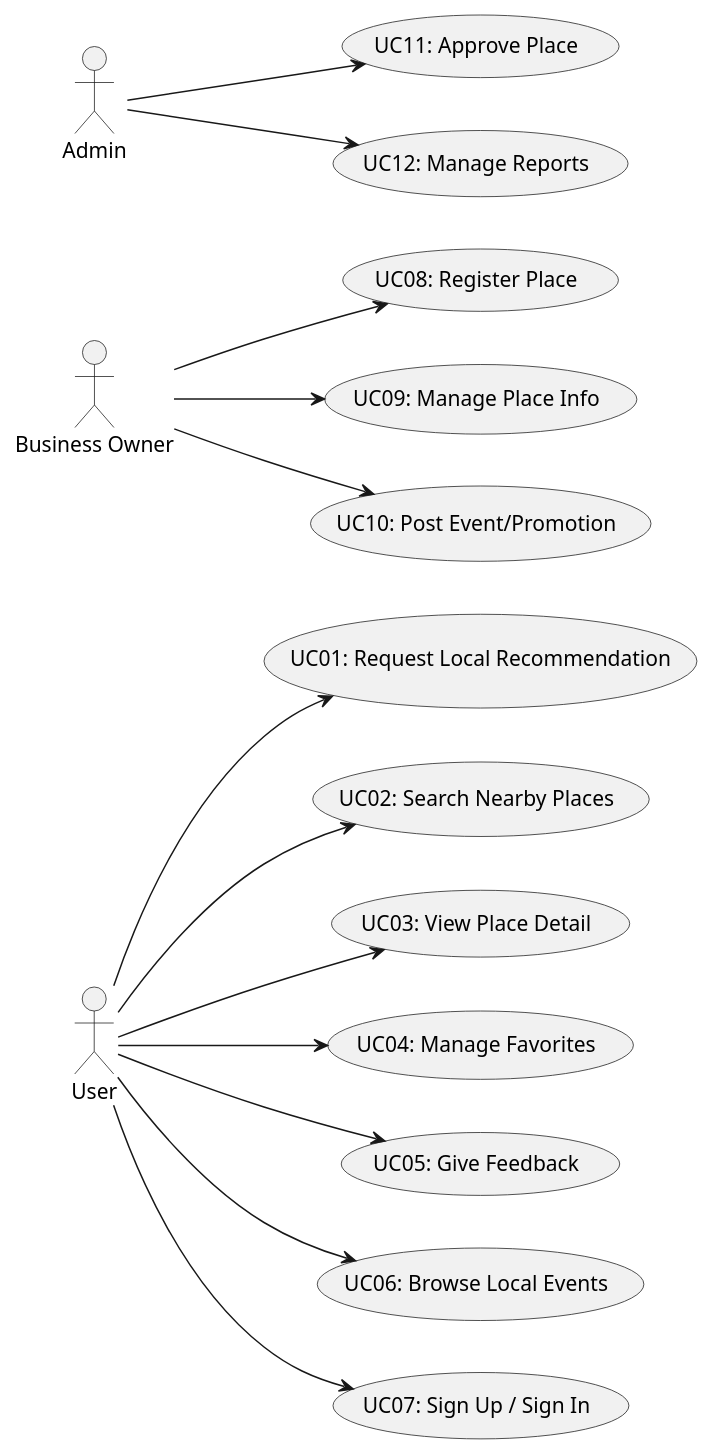
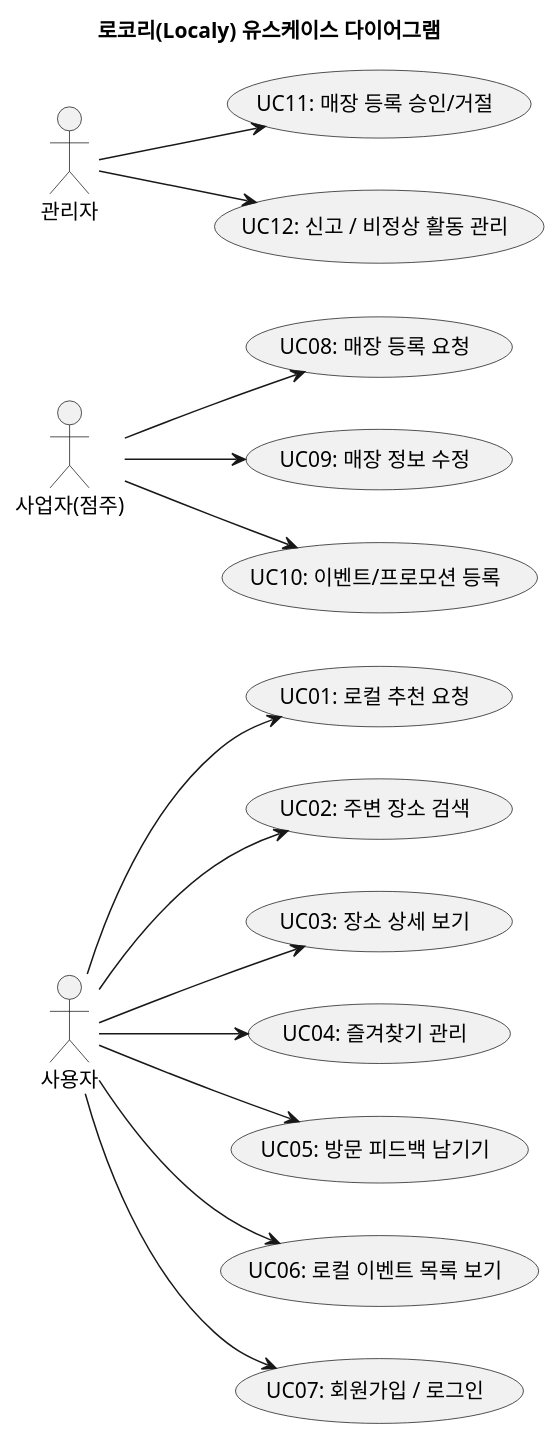
One commit to neoul-h/25-2 changed the diagram in Project Mangement/usecase.puml. Above: the diagram before and after it, drawn with PlantUML. The commit also changed 11 other files, not shown here.

```diff
--- a/Project Mangement/usecase.puml
+++ b/Project Mangement/usecase.puml
@@ -1,39 +1,42 @@
 @startuml
+skinparam defaultFontName "Apple SD Gothic Neo"
 left to right direction
 skinparam packageStyle rectangle
 
-actor "User" as User
-actor "Business Owner" as Owner
-actor "Admin" as Admin
+title 로코리(Localy) 유스케이스 다이어그램
 
-usecase "UC01: Request Local Recommendation" as UC01
-usecase "UC02: Search Nearby Places" as UC02
-usecase "UC03: View Place Detail" as UC03
-usecase "UC04: Manage Favorites" as UC04
-usecase "UC05: Give Feedback" as UC05
-usecase "UC06: Browse Local Events" as UC06
-usecase "UC07: Sign Up / Sign In" as UC07
+actor "사용자" as User
+actor "사업자(점주)" as Owner
+actor "관리자" as Admin
 
-usecase "UC08: Register Place" as UC08
-usecase "UC09: Manage Place Info" as UC09
-usecase "UC10: Post Event/Promotion" as UC10
+usecase "UC01: 로컬 추천 요청" as UC01
+usecase "UC02: 주변 장소 검색" as UC02
+usecase "UC03: 장소 상세 보기" as UC03
+usecase "UC04: 즐겨찾기 관리" as UC04
+usecase "UC05: 방문 피드백 남기기" as UC05
+usecase "UC06: 로컬 이벤트 목록 보기" as UC06
+usecase "UC07: 회원가입 / 로그인" as UC07
 
-usecase "UC11: Approve Place" as UC11
-usecase "UC12: Manage Reports" as UC12
+usecase "UC08: 매장 등록 요청" as UC08
+usecase "UC09: 매장 정보 수정" as UC09
+usecase "UC10: 이벤트/프로모션 등록" as UC10
+
+usecase "UC11: 매장 등록 승인/거절" as UC11
+usecase "UC12: 신고 / 비정상 활동 관리" as UC12
 
 User  --> UC01
 User  --> UC02
 User  --> UC03
 User  --> UC04
 User  --> UC05
 User  --> UC06
 User  --> UC07
 
 Owner --> UC08
 Owner --> UC09
 Owner --> UC10
 
 Admin --> UC11
 Admin --> UC12
 
 @enduml
```
